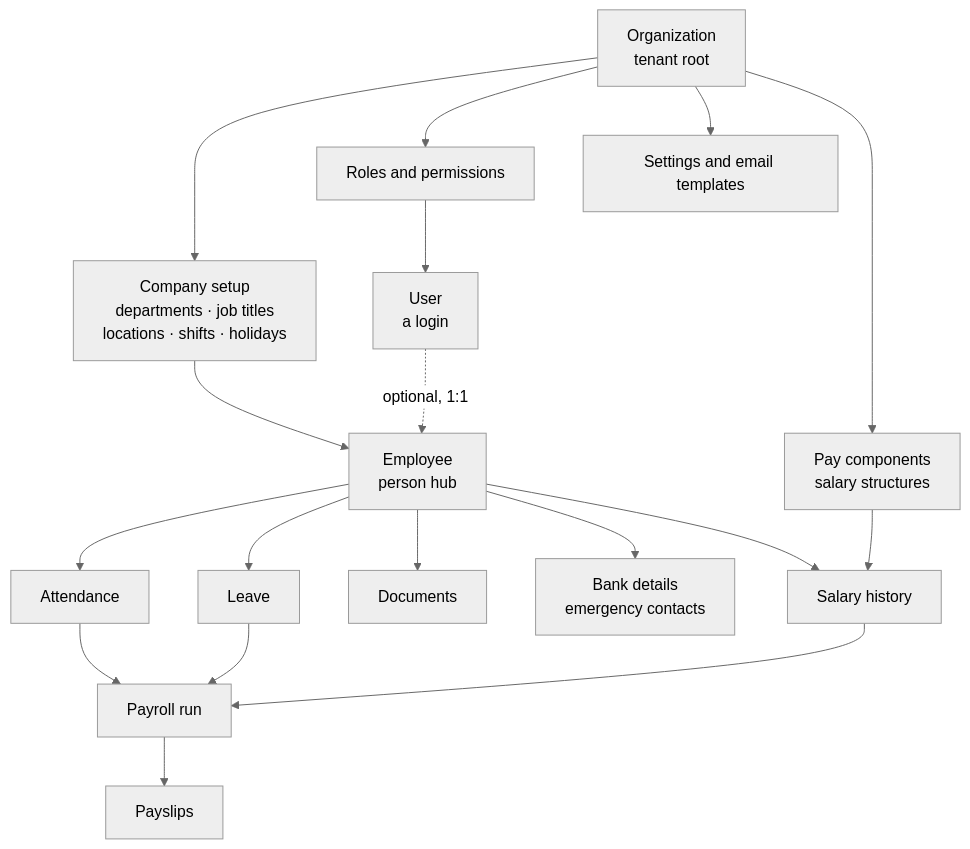
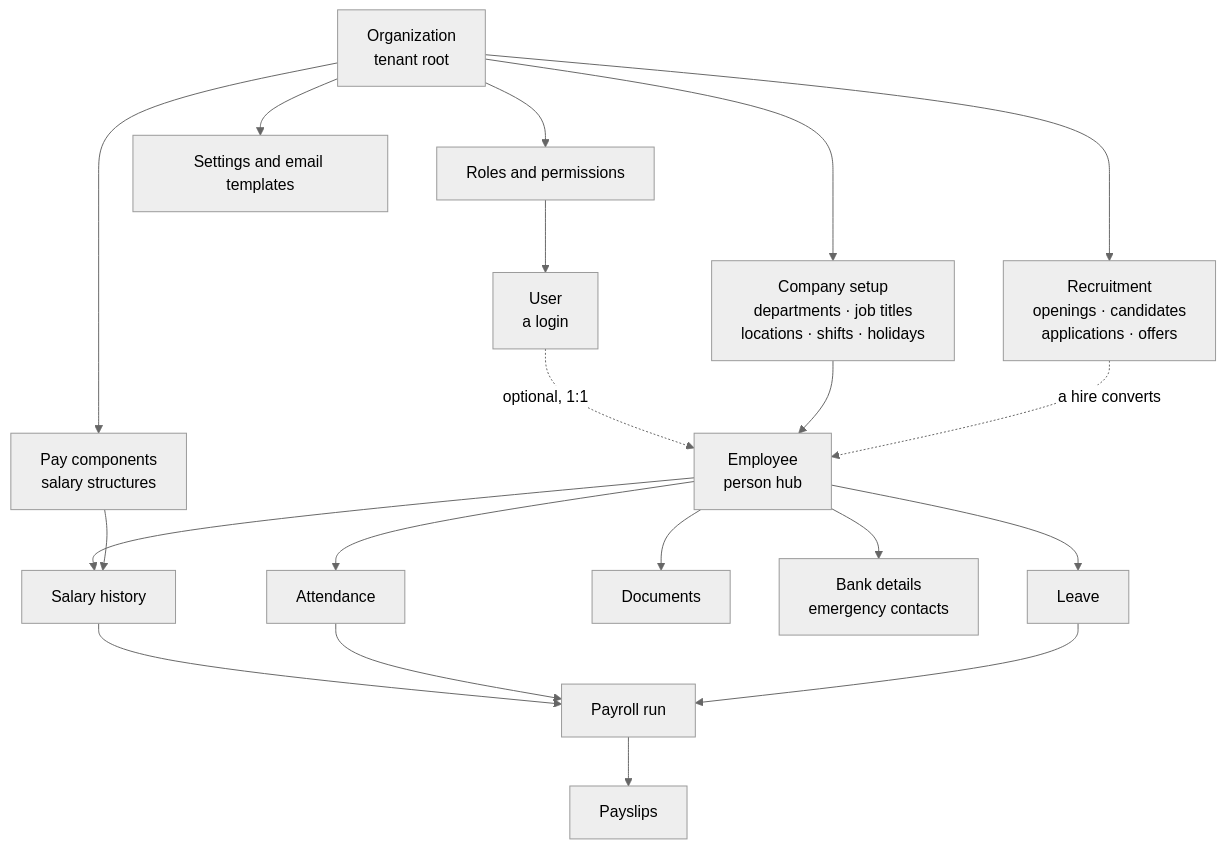
One commit to hiren-itcc/HRMS changed the first of 7 diagrams in docs/13-data-map.md. Above: the diagram before and after it, drawn with Mermaid (neutral theme). The commit also changed other lines of this file and 8 other files, not shown here.

````diff
--- a/docs/13-data-map.md
+++ b/docs/13-data-map.md
@@ -25,26 +25,29 @@
 ```mermaid
 graph TD
     ORG[Organization<br/>tenant root]
 
     ORG --> STRUCT[Company setup<br/>departments · job titles<br/>locations · shifts · holidays]
     ORG --> RBAC[Roles and permissions]
     ORG --> CFG[Settings and email templates]
     ORG --> PAYCFG[Pay components<br/>salary structures]
 
     RBAC --> USER[User<br/>a login]
     USER -.->|optional, 1:1| EMP
 
     STRUCT --> EMP[Employee<br/>person hub]
 
     EMP --> ATT[Attendance]
     EMP --> LV[Leave]
     EMP --> DOC[Documents]
     EMP --> PERS[Bank details<br/>emergency contacts]
     EMP --> SAL[Salary history]
 
+    ORG --> HIRE[Recruitment<br/>openings · candidates<br/>applications · offers]
+    HIRE -.->|a hire converts| EMP
+
     PAYCFG --> SAL
     SAL --> RUN[Payroll run]
     ATT --> RUN
     LV --> RUN
     RUN --> SLIP[Payslips]
 ```
````
